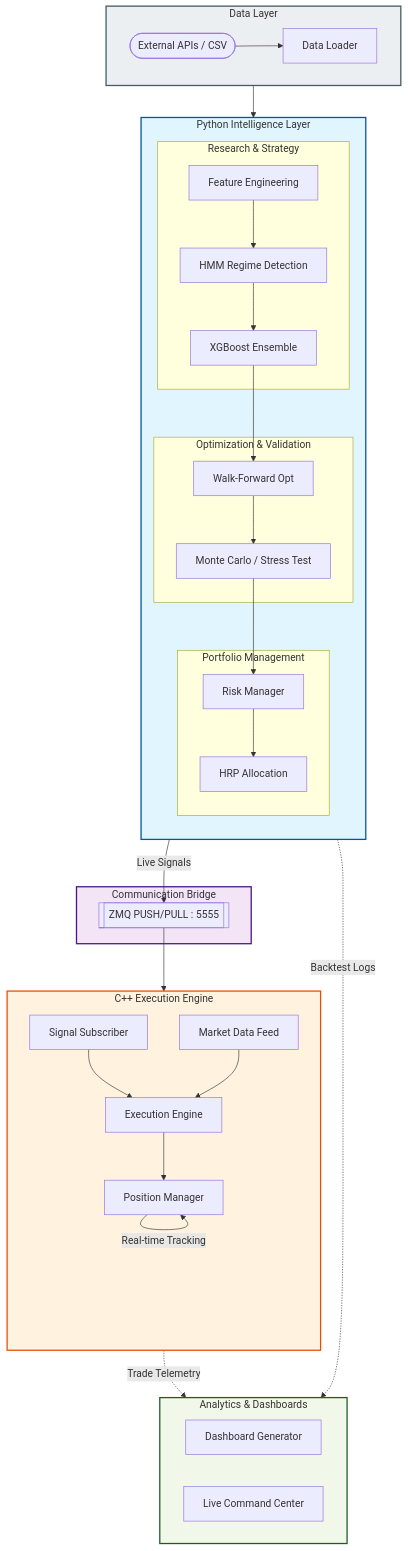
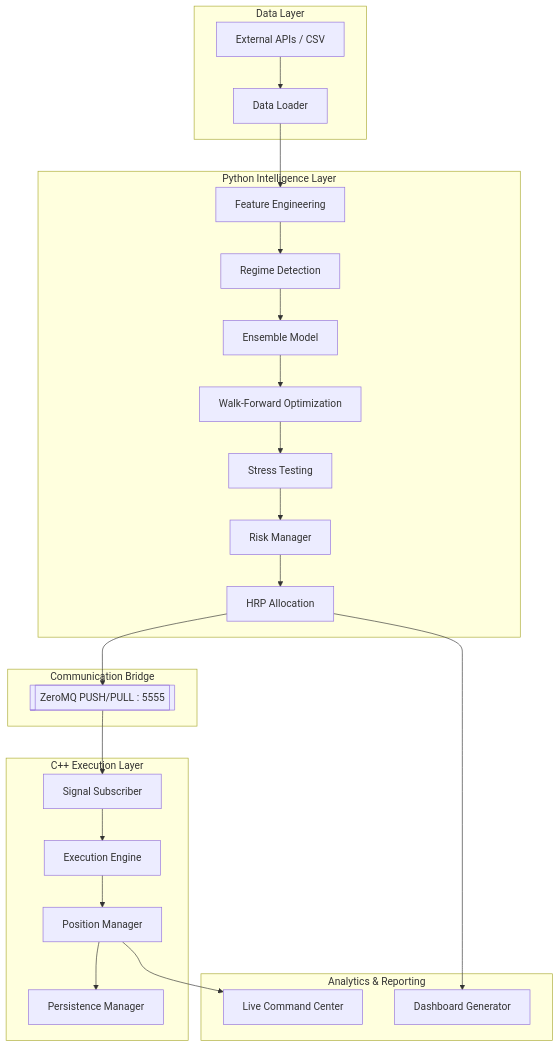
Before and after one commit to manuelhorvey/iQT: the diagram in README.md, drawn with Mermaid. The commit also changed other lines of this file, not shown here.

Commit message:
docs: rewrite README to improve project structure documentation, add risk control details, and update setup instructions.

````diff
--- a/README.md
+++ b/README.md
@@ -123,70 +291,43 @@
 ```mermaid
 flowchart TD
-    %% Data Ingestion
-    subgraph Data [Data Layer]
-        direction LR
-        API([External APIs / CSV])
+    subgraph DataLayer["Data Layer"]
+        API[External APIs / CSV]
         DL[Data Loader]
         API --> DL
     end
 
-    %% Python Intelligence
-    subgraph Python [Python Intelligence Layer]
-        direction TB
-        subgraph Research [Research & Strategy]
-            FE[Feature Engineering]
-            RD[HMM Regime Detection]
-            ML[XGBoost Ensemble]
-            DL --> FE --> RD --> ML
-        end
+    subgraph PythonLayer["Python Intelligence Layer"]
+        FE[Feature Engineering]
+        RD[Regime Detection]
+        ML[Ensemble Model]
+        WFO[Walk-Forward Optimization]
+        ST[Stress Testing]
+        RM[Risk Manager]
+        HRP[HRP Allocation]
 
-        subgraph Validation [Optimization & Validation]
-            WFO[Walk-Forward Opt]
-            MC[Monte Carlo / Stress Test]
-            ML --> WFO --> MC
-        end
-
-        subgraph Management [Portfolio Management]
-            RM[Risk Manager]
-            HRP[HRP Allocation]
-            MC --> RM --> HRP
-        end
+        DL --> FE --> RD --> ML --> WFO --> ST --> RM --> HRP
     end
 
-    %% Bridge
-    subgraph Connectivity [Communication Bridge]
-        ZMQ[[ZMQ PUSH/PULL : 5555]]
+    subgraph Bridge["Communication Bridge"]
+        ZMQ[[ZeroMQ PUSH/PULL : 5555]]
     end
 
-    HRP --> |Live Signals| ZMQ
+    HRP --> ZMQ
 
-    %% C++ Execution
-    subgraph CPP [C++ Execution Engine]
-        direction TB
+    subgraph CPPLayer["C++ Execution Layer"]
         SUB[Signal Subscriber]
-        MDF[Market Data Feed]
         EE[Execution Engine]
         PM[Position Manager]
-        
-        ZMQ --> SUB
-        SUB & MDF --> EE
-        EE --> PM
-        PM --> |Real-time Tracking| PM
+        PS[Persistence Manager]
+
+        ZMQ --> SUB --> EE --> PM --> PS
     end
 
-    %% Reporting
-    subgraph Reports [Analytics & Dashboards]
-        direction LR
+    subgraph Dashboards["Analytics & Reporting"]
         DG[Dashboard Generator]
-        LCC[Live Command Center]
-        HRP -.-> |Backtest Logs| DG
-        PM -.-> |Trade Telemetry| LCC
+        LC[Live Command Center]
+
+        HRP --> DG
+        PM --> LC
     end
-
-    %% Styling
-    style Python fill:#e1f5fe,stroke:#01579b,stroke-width:2px
-    style CPP fill:#fff3e0,stroke:#e65100,stroke-width:2px
-    style Connectivity fill:#f3e5f5,stroke:#4a148c,stroke-width:2px
-    style Reports fill:#f1f8e9,stroke:#1b5e20,stroke-width:2px
-    style Data fill:#eceff1,stroke:#455a64,stroke-width:2px
 ```
````
